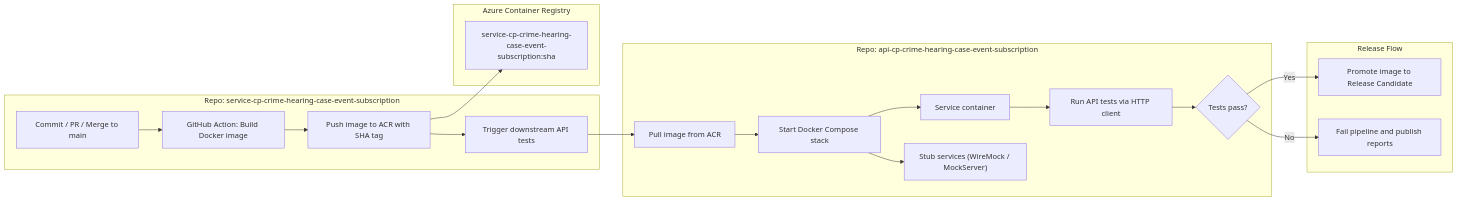
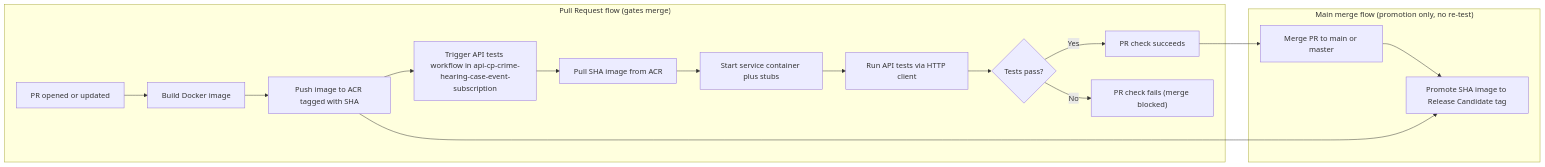
Before and after one commit to hmcts/api-cp-crime-hearing-results-document-subscription: the diagram in docs/API_TESTS.md, drawn with Mermaid.

Commit message:
AMP-187 Amend API test pipeline to trigger from opening a PR

````diff
--- a/docs/API_TESTS.md
+++ b/docs/API_TESTS.md
@@ -1,42 +3,29 @@
 ```mermaid
 flowchart LR
 
-subgraph SVC["Repo: service-cp-crime-hearing-case-event-subscription"]
-  A["Commit / PR / Merge to main"]
-  B["GitHub Action: Build Docker image"]
-  C["Push image to ACR with SHA tag"]
-  D["Trigger downstream API tests"]
-  A --> B --> C --> D
+subgraph PR["Pull Request flow (gates merge)"]
+  A["PR opened or updated"]
+  B["Build Docker image"]
+  C["Push image to ACR tagged with SHA"]
+  D["Trigger API tests workflow in api-cp-crime-hearing-case-event-subscription"]
+  E["Pull SHA image from ACR"]
+  F["Start service container plus stubs"]
+  G["Run API tests via HTTP client"]
+  H{"Tests pass?"}
+  I["PR check succeeds"]
+  J["PR check fails (merge blocked)"]
+
+  A --> B --> C --> D --> E --> F --> G --> H
+  H -- Yes --> I
+  H -- No --> J
 end
 
-subgraph ACR["Azure Container Registry"]
-  C2["service-cp-crime-hearing-case-event-subscription:sha"]
+subgraph MAIN["Main merge flow (promotion only, no re-test)"]
+  K["Merge PR to main or master"]
+  L["Promote SHA image to Release Candidate tag"]
+  K --> L
 end
 
-C --> C2
-
-subgraph TESTS["Repo: api-cp-crime-hearing-case-event-subscription"]
-  E["Pull image from ACR"]
-  F["Start Docker Compose stack"]
-  F1["Service container"]
-  F2["Stub services (WireMock / MockServer)"]
-  G["Run API tests via HTTP client"]
-  H{"Tests pass?"}
-
-  E --> F
-  F --> F1
-  F --> F2
-  F1 --> G
-  G --> H
-end
-
-D --> E
-
-subgraph RELEASE["Release Flow"]
-  I["Promote image to Release Candidate"]
-  J["Fail pipeline and publish reports"]
-end
-
-H -- Yes --> I
-H -- No --> J
+C --> L
+I --> K
 ```
````
